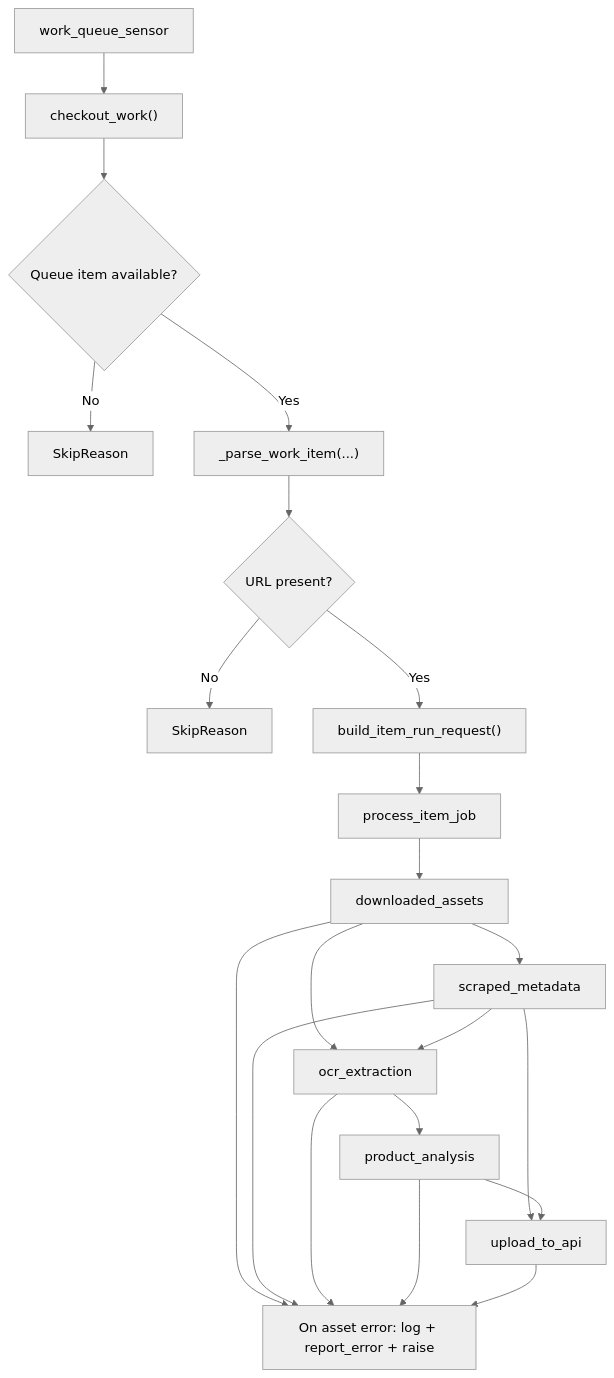
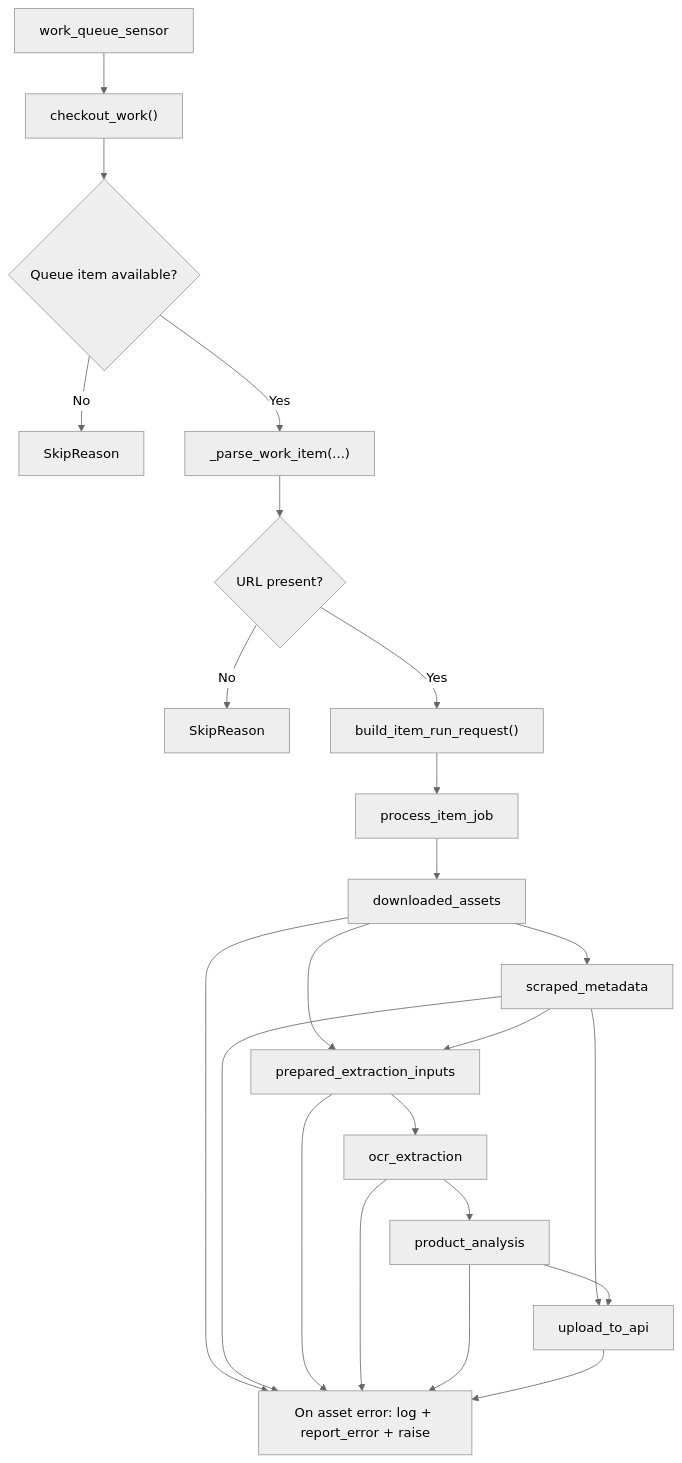
Before and after one commit to rflemerson/baboom: the first of 2 diagrams in services/agents/docs/pipeline.md, drawn with Mermaid (neutral theme). The commit also changed other lines of this file and 30 other files, not shown here.

````diff
--- a/services/agents/docs/pipeline.md
+++ b/services/agents/docs/pipeline.md
@@ -60,25 +61,27 @@
 ```mermaid
 flowchart TD
     A["work_queue_sensor"] --> B["checkout_work()"]
     B --> C{"Queue item available?"}
     C -- "No" --> C1["SkipReason"]
     C -- "Yes" --> D["_parse_work_item(...)"]
     D --> E{"URL present?"}
     E -- "No" --> E1["SkipReason"]
     E -- "Yes" --> F["build_item_run_request()"]
     F --> G["process_item_job"]
 
     G --> H["downloaded_assets"]
     H --> I["scraped_metadata"]
-    H --> J["ocr_extraction"]
+    H --> J["prepared_extraction_inputs"]
     I --> J
-    J --> K["product_analysis"]
-    I --> L["upload_to_api"]
-    K --> L
+    J --> K["ocr_extraction"]
+    K --> L["product_analysis"]
+    I --> M["upload_to_api"]
+    L --> M
 
     H --> X["On asset error: log + report_error + raise"]
     I --> X
     J --> X
     K --> X
     L --> X
+    M --> X
 ```
````
